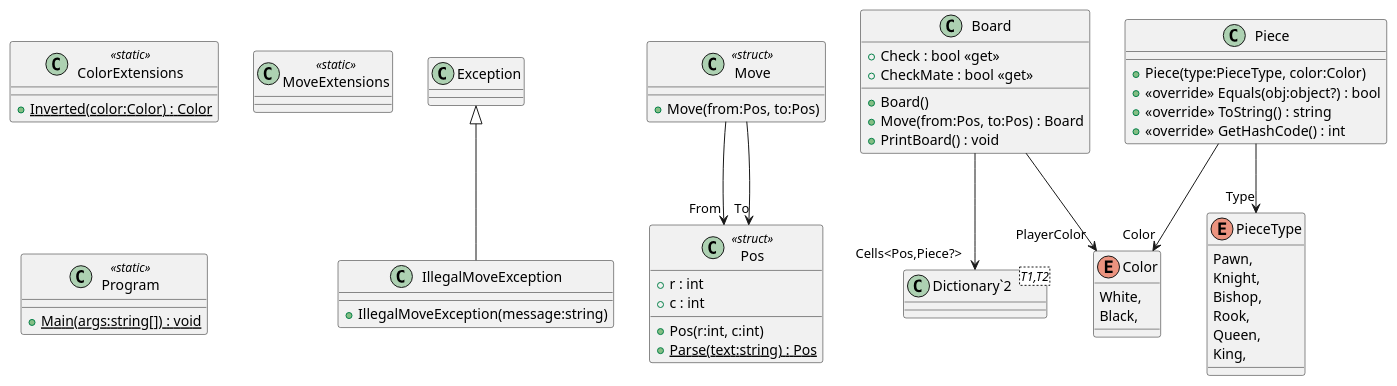
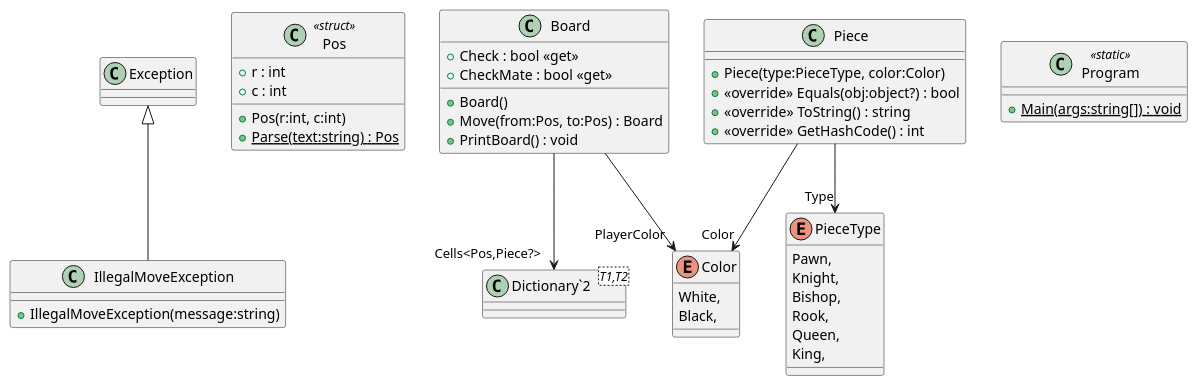
The diagram in plantuml/include.puml (jk-ba/Chess), drawn with PlantUML before and after one commit. The commit also changed 3 other files, not shown here.

```diff
--- a/plantuml/include.puml
+++ b/plantuml/include.puml
@@ -1,56 +1,46 @@
 @startuml
-class ColorExtensions <<static>> {
-    + {static} Inverted(color:Color) : Color
-}
 class IllegalMoveException {
     + IllegalMoveException(message:string)
 }
 Exception <|-- IllegalMoveException
 class Pos <<struct>> {
     + r : int
     + c : int
     + Pos(r:int, c:int)
     + {static} Parse(text:string) : Pos
 }
 class Board {
     + Board()
     + Check : bool <<get>>
     + CheckMate : bool <<get>>
     + Move(from:Pos, to:Pos) : Board
     + PrintBoard() : void
 }
 class "Dictionary`2"<T1,T2> {
 }
 Board --> "PlayerColor" Color
 Board --> "Cells<Pos,Piece?>" "Dictionary`2"
 enum Color {
     White,
     Black,
 }
 enum PieceType {
     Pawn,
     Knight,
     Bishop,
     Rook,
     Queen,
     King,
 }
 class Piece {
     + Piece(type:PieceType, color:Color)
     + <<override>> Equals(obj:object?) : bool
     + <<override>> ToString() : string
     + <<override>> GetHashCode() : int
 }
 Piece --> "Type" PieceType
 Piece --> "Color" Color
-class MoveExtensions <<static>> {
-}
-class Move <<struct>> {
-    + Move(from:Pos, to:Pos)
-}
-Move --> "From" Pos
-Move --> "To" Pos
 class Program <<static>> {
     + {static} Main(args:string[]) : void
 }
 @enduml
```
